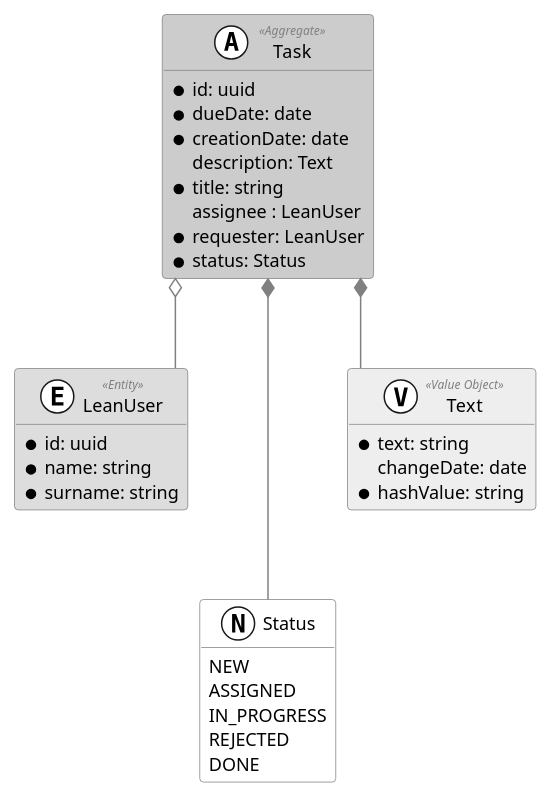
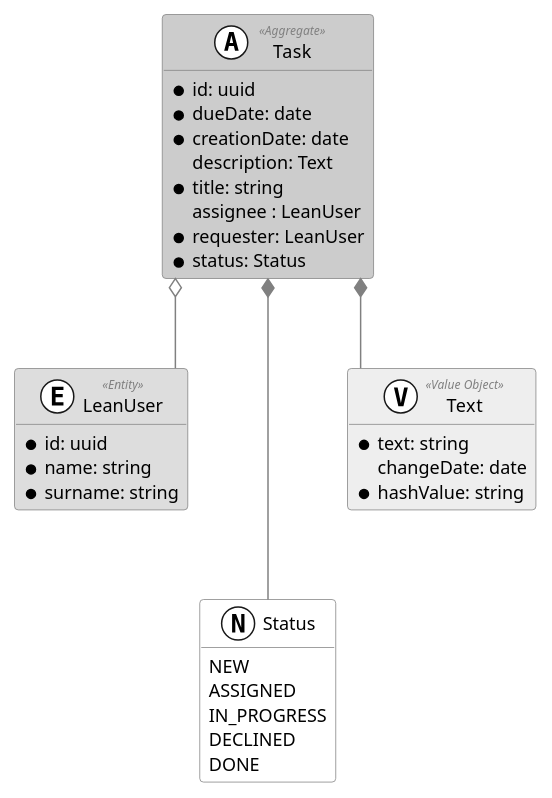
One commit to Grinseteddy/MasteringDdd changed the diagram in TacticalDesign/TaskManagement/TaskManagement.puml. Above: the diagram before and after it, drawn with PlantUML. The commit also changed 5 other files, not shown here.

```diff
--- a/TacticalDesign/TaskManagement/TaskManagement.puml
+++ b/TacticalDesign/TaskManagement/TaskManagement.puml
@@ -1,74 +1,74 @@
 @startuml
 'https://plantuml.com/class-diagram
 
 hide empty members
 skinparam linetype ortho
 
 skinparam class {
     backgroundcolor #FFFFFF
     backgroundcolor<<Aggregate>> #CCCCCC
     backgroundcolor<<Entity>> #DDDDDD
     backgroundcolor<<Value Object>> #EEEEEE
 
     bordercolor grey
     fontcolor grey
     fontcolor<<Aggregate>> black
     fontcolor<<Entity>> black
     fontcolor<<Value Object>> black
 
     attributefontcolor black
     attributefontsize 12
     attributefontcolor<<Aggregate>> black
 
     stereotypefontcolor grey
     stereotypefontsize 8
 
 
 }
 
 skinparam arrow {
     color grey
     fontcolor grey
     fontsize 10
 }
 
 class "Task"  as task <<(A,#FFFFFF) Aggregate>> {
     * id: uuid
     * dueDate: date
     * creationDate: date
     description: Text
     * title: string
     assignee : LeanUser
     * requester: LeanUser
     * status: Status
 }
 
 class "LeanUser" as leanUser <<(E,#FFFFFF) Entity>> {
     * id: uuid
     * name: string
     * surname: string
 }
 
 enum "Status" as status <<(N, #FFFFFF)>> {
     NEW
     ASSIGNED
     IN_PROGRESS
-    REJECTED
+    DECLINED
     DONE
 }
 
 class "Text" as text <<V,#FFFFFF) Value Object>> {
     *text: string
     changeDate: date
     *hashValue: string
 }
 
 task o-- leanUser
 task *-- text
 task *-- status
 
 'layoust
 text *-[hidden]- status
 leanUser *-[hidden]- status
 
 @enduml
```
